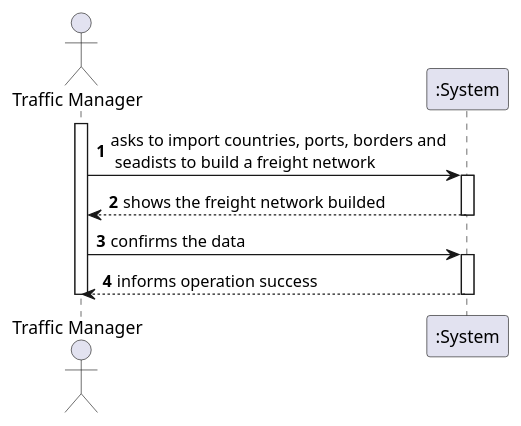
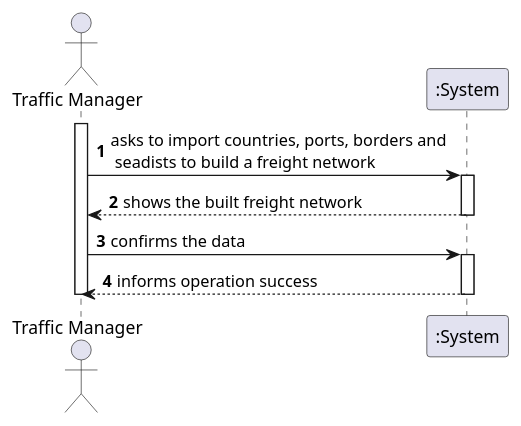
Before and after one commit to mpoboas/lapr3-2021-g102: the diagram in docs/Sprint3/US301/US301_SSD.puml, drawn with PlantUML. The commit also changed 5 other files, not shown here.

```diff
--- a/docs/Sprint3/US301/US301_SSD.puml
+++ b/docs/Sprint3/US301/US301_SSD.puml
@@ -1,22 +1,22 @@
 @startuml
 'https://plantuml.com/sequence-diagram
 
 autonumber
 
 actor "Traffic Manager" as TF
 
 activate TF
 TF -> ":System" : asks to import countries, ports, borders and\n seadists to build a freight network
 activate ":System"
 
-":System" --> TF : shows the freight network builded
+":System" --> TF : shows the built freight network
 deactivate ":System"
 
 
 TF -> ":System" : confirms the data
 activate ":System"
 ":System" --> TF : informs operation success
 deactivate ":System"
 
 deactivate TF
 @enduml
```
